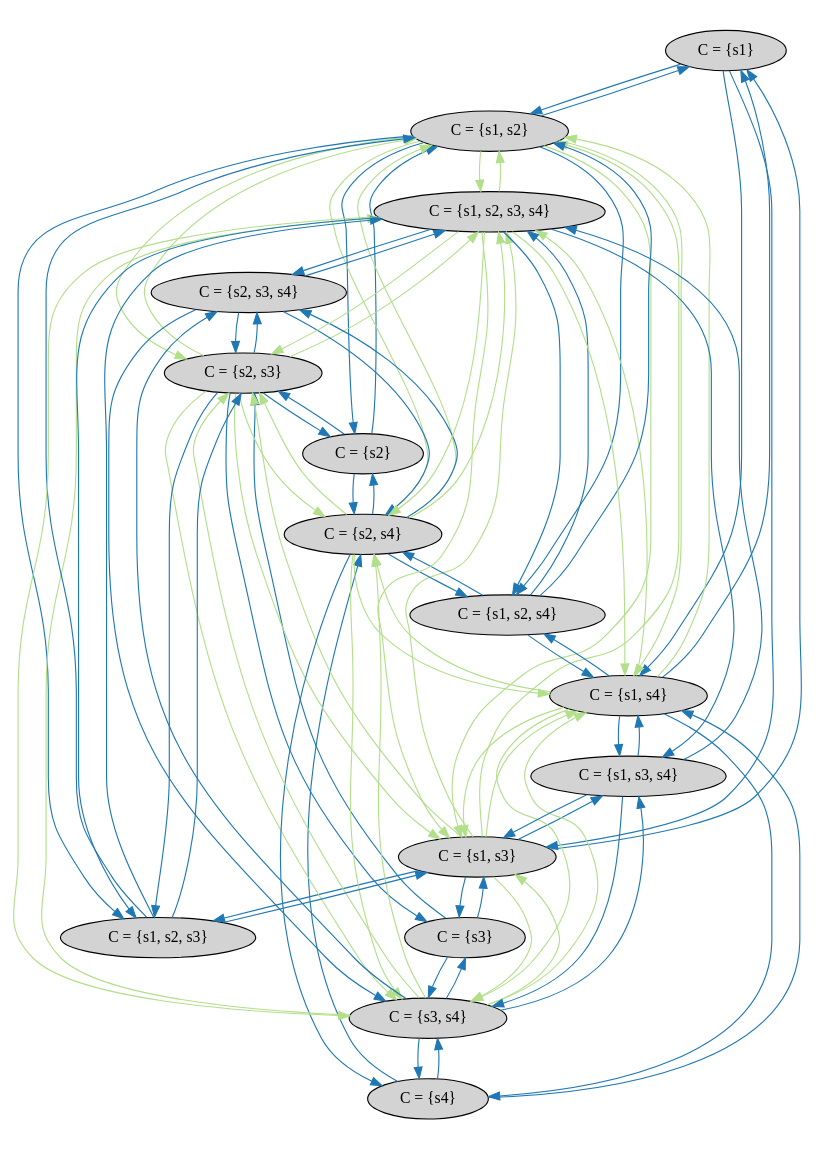
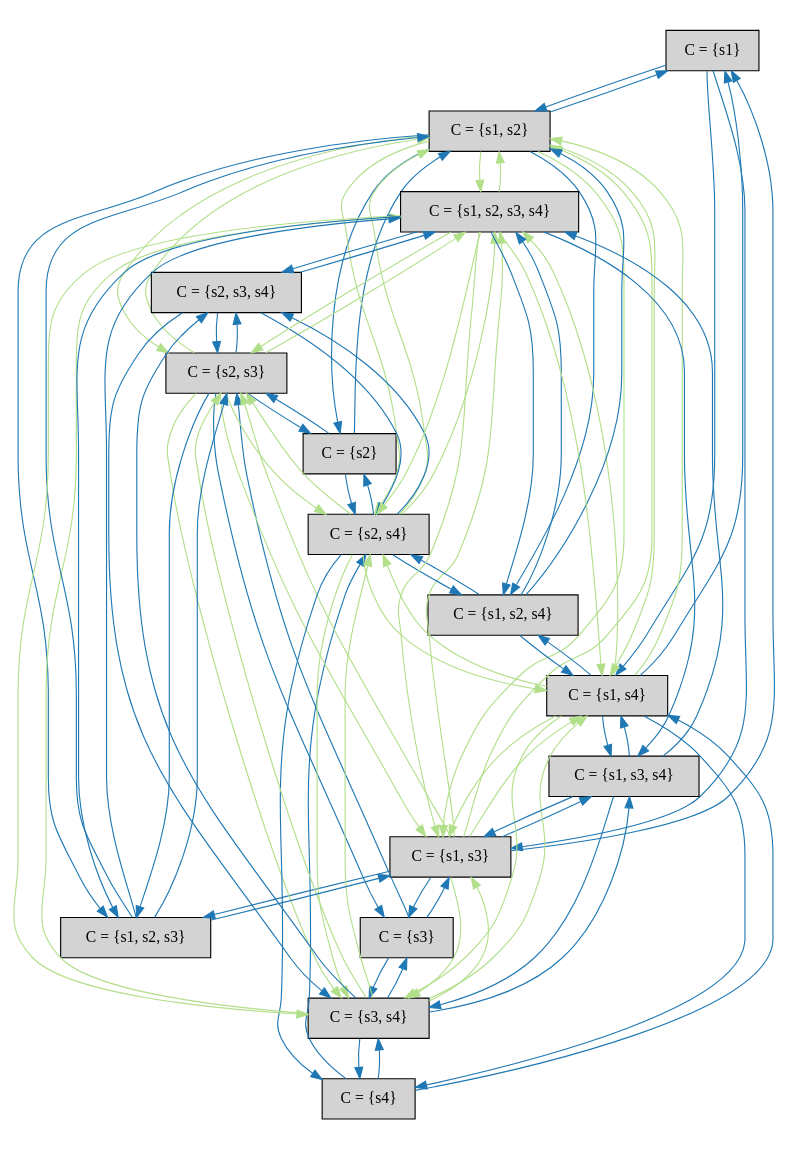
Before and after one commit to will62794/logless-reconfig: the diagram in notes/raft_reconfig_bug/quorums_n4.dot, drawn with Graphviz. The commit also changed 15 other files, not shown here.

Commit message:
updated diagrams

```diff
--- a/notes/raft_reconfig_bug/quorums_n4.dot
+++ b/notes/raft_reconfig_bug/quorums_n4.dot
@@ -1,115 +1,116 @@
 strict digraph DiskGraph {
+node [shape=box,style=rounded]
 edge [colorscheme="paired12"]
 nodesep=0.35;
 subgraph cluster_graph {
 color="white";
-8808473574499830697 [label="C = {s1}",style = filled]
-1944088641951078538 [label="C = {s2}",style = filled]
-4231175384529426027 [label="C = {s3}",style = filled]
--2633296376958402868 [label="C = {s4}",style = filled]
--957631720472487767 [label="C = {s1, s2}",style = filled]
--3245086730796526008 [label="C = {s1, s3}",style = filled]
-3691724306336251631 [label="C = {s1, s4}",style = filled]
-5211182301012988936 [label="C = {s2, s3}",style = filled]
--6224722572077138769 [label="C = {s2, s4}",style = filled]
--2306119976821457553 [label="C = {s3, s4}",style = filled]
-7566804969098913831 [label="C = {s1, s2, s3}",style = filled]
--8588874134683926400 [label="C = {s1, s2, s4}",style = filled]
--95591886789787328 [label="C = {s1, s3, s4}",style = filled]
-5404334067724544285 [label="C = {s2, s3, s4}",style = filled]
-1368439642454690680 [label="C = {s1, s2, s3, s4}",style = filled]
-8808473574499830697 -> -957631720472487767 [label="",color="2",fontcolor="2"];
-8808473574499830697 -> -3245086730796526008 [label="",color="2",fontcolor="2"];
-8808473574499830697 -> 3691724306336251631 [label="",color="2",fontcolor="2"];
-1944088641951078538 -> -957631720472487767 [label="",color="2",fontcolor="2"];
-1944088641951078538 -> 5211182301012988936 [label="",color="2",fontcolor="2"];
-1944088641951078538 -> -6224722572077138769 [label="",color="2",fontcolor="2"];
-4231175384529426027 -> -3245086730796526008 [label="",color="2",fontcolor="2"];
-4231175384529426027 -> 5211182301012988936 [label="",color="2",fontcolor="2"];
-4231175384529426027 -> -2306119976821457553 [label="",color="2",fontcolor="2"];
--2633296376958402868 -> 3691724306336251631 [label="",color="2",fontcolor="2"];
--2633296376958402868 -> -6224722572077138769 [label="",color="2",fontcolor="2"];
--2633296376958402868 -> -2306119976821457553 [label="",color="2",fontcolor="2"];
--957631720472487767 -> 1944088641951078538 [label="",color="2",fontcolor="2"];
--957631720472487767 -> 8808473574499830697 [label="",color="2",fontcolor="2"];
--957631720472487767 -> 7566804969098913831 [label="",color="2",fontcolor="2"];
--957631720472487767 -> -8588874134683926400 [label="",color="2",fontcolor="2"];
--957631720472487767 -> -3245086730796526008 [label="",color="3",fontcolor="3"];
--957631720472487767 -> 3691724306336251631 [label="",color="3",fontcolor="3"];
--957631720472487767 -> 5211182301012988936 [label="",color="3",fontcolor="3"];
--957631720472487767 -> -6224722572077138769 [label="",color="3",fontcolor="3"];
--957631720472487767 -> 1368439642454690680 [label="",color="3",fontcolor="3"];
--3245086730796526008 -> 4231175384529426027 [label="",color="2",fontcolor="2"];
--3245086730796526008 -> 7566804969098913831 [label="",color="2",fontcolor="2"];
--3245086730796526008 -> 8808473574499830697 [label="",color="2",fontcolor="2"];
--3245086730796526008 -> -95591886789787328 [label="",color="2",fontcolor="2"];
--3245086730796526008 -> -957631720472487767 [label="",color="3",fontcolor="3"];
--3245086730796526008 -> 3691724306336251631 [label="",color="3",fontcolor="3"];
--3245086730796526008 -> 5211182301012988936 [label="",color="3",fontcolor="3"];
--3245086730796526008 -> -2306119976821457553 [label="",color="3",fontcolor="3"];
--3245086730796526008 -> 1368439642454690680 [label="",color="3",fontcolor="3"];
-3691724306336251631 -> -2633296376958402868 [label="",color="2",fontcolor="2"];
-3691724306336251631 -> -8588874134683926400 [label="",color="2",fontcolor="2"];
-3691724306336251631 -> -95591886789787328 [label="",color="2",fontcolor="2"];
-3691724306336251631 -> 8808473574499830697 [label="",color="2",fontcolor="2"];
-3691724306336251631 -> -957631720472487767 [label="",color="3",fontcolor="3"];
-3691724306336251631 -> -3245086730796526008 [label="",color="3",fontcolor="3"];
-3691724306336251631 -> -6224722572077138769 [label="",color="3",fontcolor="3"];
-3691724306336251631 -> -2306119976821457553 [label="",color="3",fontcolor="3"];
-3691724306336251631 -> 1368439642454690680 [label="",color="3",fontcolor="3"];
-5211182301012988936 -> 7566804969098913831 [label="",color="2",fontcolor="2"];
-5211182301012988936 -> 4231175384529426027 [label="",color="2",fontcolor="2"];
-5211182301012988936 -> 1944088641951078538 [label="",color="2",fontcolor="2"];
-5211182301012988936 -> 5404334067724544285 [label="",color="2",fontcolor="2"];
-5211182301012988936 -> -957631720472487767 [label="",color="3",fontcolor="3"];
-5211182301012988936 -> -3245086730796526008 [label="",color="3",fontcolor="3"];
-5211182301012988936 -> -6224722572077138769 [label="",color="3",fontcolor="3"];
-5211182301012988936 -> -2306119976821457553 [label="",color="3",fontcolor="3"];
-5211182301012988936 -> 1368439642454690680 [label="",color="3",fontcolor="3"];
--6224722572077138769 -> -8588874134683926400 [label="",color="2",fontcolor="2"];
--6224722572077138769 -> -2633296376958402868 [label="",color="2",fontcolor="2"];
--6224722572077138769 -> 5404334067724544285 [label="",color="2",fontcolor="2"];
--6224722572077138769 -> 1944088641951078538 [label="",color="2",fontcolor="2"];
--6224722572077138769 -> -957631720472487767 [label="",color="3",fontcolor="3"];
--6224722572077138769 -> 3691724306336251631 [label="",color="3",fontcolor="3"];
--6224722572077138769 -> 5211182301012988936 [label="",color="3",fontcolor="3"];
--6224722572077138769 -> -2306119976821457553 [label="",color="3",fontcolor="3"];
--6224722572077138769 -> 1368439642454690680 [label="",color="3",fontcolor="3"];
--2306119976821457553 -> -95591886789787328 [label="",color="2",fontcolor="2"];
--2306119976821457553 -> 5404334067724544285 [label="",color="2",fontcolor="2"];
--2306119976821457553 -> -2633296376958402868 [label="",color="2",fontcolor="2"];
--2306119976821457553 -> 4231175384529426027 [label="",color="2",fontcolor="2"];
--2306119976821457553 -> -3245086730796526008 [label="",color="3",fontcolor="3"];
--2306119976821457553 -> 3691724306336251631 [label="",color="3",fontcolor="3"];
--2306119976821457553 -> 5211182301012988936 [label="",color="3",fontcolor="3"];
--2306119976821457553 -> -6224722572077138769 [label="",color="3",fontcolor="3"];
--2306119976821457553 -> 1368439642454690680 [label="",color="3",fontcolor="3"];
-7566804969098913831 -> 5211182301012988936 [label="",color="2",fontcolor="2"];
-7566804969098913831 -> -3245086730796526008 [label="",color="2",fontcolor="2"];
-7566804969098913831 -> -957631720472487767 [label="",color="2",fontcolor="2"];
-7566804969098913831 -> 1368439642454690680 [label="",color="2",fontcolor="2"];
--8588874134683926400 -> -6224722572077138769 [label="",color="2",fontcolor="2"];
--8588874134683926400 -> 3691724306336251631 [label="",color="2",fontcolor="2"];
--8588874134683926400 -> 1368439642454690680 [label="",color="2",fontcolor="2"];
--8588874134683926400 -> -957631720472487767 [label="",color="2",fontcolor="2"];
--95591886789787328 -> -2306119976821457553 [label="",color="2",fontcolor="2"];
--95591886789787328 -> 1368439642454690680 [label="",color="2",fontcolor="2"];
--95591886789787328 -> 3691724306336251631 [label="",color="2",fontcolor="2"];
--95591886789787328 -> -3245086730796526008 [label="",color="2",fontcolor="2"];
-5404334067724544285 -> 1368439642454690680 [label="",color="2",fontcolor="2"];
-5404334067724544285 -> -2306119976821457553 [label="",color="2",fontcolor="2"];
-5404334067724544285 -> -6224722572077138769 [label="",color="2",fontcolor="2"];
-5404334067724544285 -> 5211182301012988936 [label="",color="2",fontcolor="2"];
-1368439642454690680 -> 5404334067724544285 [label="",color="2",fontcolor="2"];
-1368439642454690680 -> -95591886789787328 [label="",color="2",fontcolor="2"];
-1368439642454690680 -> -8588874134683926400 [label="",color="2",fontcolor="2"];
-1368439642454690680 -> 7566804969098913831 [label="",color="2",fontcolor="2"];
-1368439642454690680 -> -957631720472487767 [label="",color="3",fontcolor="3"];
-1368439642454690680 -> -3245086730796526008 [label="",color="3",fontcolor="3"];
-1368439642454690680 -> 3691724306336251631 [label="",color="3",fontcolor="3"];
-1368439642454690680 -> 5211182301012988936 [label="",color="3",fontcolor="3"];
-1368439642454690680 -> -6224722572077138769 [label="",color="3",fontcolor="3"];
-1368439642454690680 -> -2306119976821457553 [label="",color="3",fontcolor="3"];
+4098673364437791025 [label="C = {s1}",style = filled]
+5761751680079904572 [label="C = {s2}",style = filled]
+7131929755014593223 [label="C = {s3}",style = filled]
+-6783339631893896410 [label="C = {s4}",style = filled]
+-2128325261856334505 [label="C = {s1, s2}",style = filled]
+-3496265007068161876 [label="C = {s1, s3}",style = filled]
+891657030117261645 [label="C = {s1, s4}",style = filled]
+7823327902331355498 [label="C = {s2, s3}",style = filled]
+-5785151213904291701 [label="C = {s2, s4}",style = filled]
+-3535530069662011447 [label="C = {s3, s4}",style = filled]
+-5121662424745195659 [label="C = {s1, s2, s3}",style = filled]
+8919726443946352276 [label="C = {s1, s2, s4}",style = filled]
+1914450182218541526 [label="C = {s1, s3, s4}",style = filled]
+4533756678157017787 [label="C = {s2, s3, s4}",style = filled]
+7066713782318531155 [label="C = {s1, s2, s3, s4}",style = filled]
+4098673364437791025 -> -2128325261856334505 [label="",color="2",fontcolor="2"];
+4098673364437791025 -> -3496265007068161876 [label="",color="2",fontcolor="2"];
+4098673364437791025 -> 891657030117261645 [label="",color="2",fontcolor="2"];
+5761751680079904572 -> -2128325261856334505 [label="",color="2",fontcolor="2"];
+5761751680079904572 -> 7823327902331355498 [label="",color="2",fontcolor="2"];
+5761751680079904572 -> -5785151213904291701 [label="",color="2",fontcolor="2"];
+7131929755014593223 -> -3496265007068161876 [label="",color="2",fontcolor="2"];
+7131929755014593223 -> 7823327902331355498 [label="",color="2",fontcolor="2"];
+7131929755014593223 -> -3535530069662011447 [label="",color="2",fontcolor="2"];
+-6783339631893896410 -> 891657030117261645 [label="",color="2",fontcolor="2"];
+-6783339631893896410 -> -5785151213904291701 [label="",color="2",fontcolor="2"];
+-6783339631893896410 -> -3535530069662011447 [label="",color="2",fontcolor="2"];
+-2128325261856334505 -> 5761751680079904572 [label="",color="2",fontcolor="2"];
+-2128325261856334505 -> 4098673364437791025 [label="",color="2",fontcolor="2"];
+-2128325261856334505 -> -5121662424745195659 [label="",color="2",fontcolor="2"];
+-2128325261856334505 -> 8919726443946352276 [label="",color="2",fontcolor="2"];
+-2128325261856334505 -> -3496265007068161876 [label="",color="3",fontcolor="3"];
+-2128325261856334505 -> 891657030117261645 [label="",color="3",fontcolor="3"];
+-2128325261856334505 -> 7823327902331355498 [label="",color="3",fontcolor="3"];
+-2128325261856334505 -> -5785151213904291701 [label="",color="3",fontcolor="3"];
+-2128325261856334505 -> 7066713782318531155 [label="",color="3",fontcolor="3"];
+-3496265007068161876 -> 7131929755014593223 [label="",color="2",fontcolor="2"];
+-3496265007068161876 -> -5121662424745195659 [label="",color="2",fontcolor="2"];
+-3496265007068161876 -> 4098673364437791025 [label="",color="2",fontcolor="2"];
+-3496265007068161876 -> 1914450182218541526 [label="",color="2",fontcolor="2"];
+-3496265007068161876 -> -2128325261856334505 [label="",color="3",fontcolor="3"];
+-3496265007068161876 -> 891657030117261645 [label="",color="3",fontcolor="3"];
+-3496265007068161876 -> 7823327902331355498 [label="",color="3",fontcolor="3"];
+-3496265007068161876 -> -3535530069662011447 [label="",color="3",fontcolor="3"];
+-3496265007068161876 -> 7066713782318531155 [label="",color="3",fontcolor="3"];
+891657030117261645 -> -6783339631893896410 [label="",color="2",fontcolor="2"];
+891657030117261645 -> 8919726443946352276 [label="",color="2",fontcolor="2"];
+891657030117261645 -> 1914450182218541526 [label="",color="2",fontcolor="2"];
+891657030117261645 -> 4098673364437791025 [label="",color="2",fontcolor="2"];
+891657030117261645 -> -2128325261856334505 [label="",color="3",fontcolor="3"];
+891657030117261645 -> -3496265007068161876 [label="",color="3",fontcolor="3"];
+891657030117261645 -> -5785151213904291701 [label="",color="3",fontcolor="3"];
+891657030117261645 -> -3535530069662011447 [label="",color="3",fontcolor="3"];
+891657030117261645 -> 7066713782318531155 [label="",color="3",fontcolor="3"];
+7823327902331355498 -> -5121662424745195659 [label="",color="2",fontcolor="2"];
+7823327902331355498 -> 7131929755014593223 [label="",color="2",fontcolor="2"];
+7823327902331355498 -> 5761751680079904572 [label="",color="2",fontcolor="2"];
+7823327902331355498 -> 4533756678157017787 [label="",color="2",fontcolor="2"];
+7823327902331355498 -> -2128325261856334505 [label="",color="3",fontcolor="3"];
+7823327902331355498 -> -3496265007068161876 [label="",color="3",fontcolor="3"];
+7823327902331355498 -> -5785151213904291701 [label="",color="3",fontcolor="3"];
+7823327902331355498 -> -3535530069662011447 [label="",color="3",fontcolor="3"];
+7823327902331355498 -> 7066713782318531155 [label="",color="3",fontcolor="3"];
+-5785151213904291701 -> 8919726443946352276 [label="",color="2",fontcolor="2"];
+-5785151213904291701 -> -6783339631893896410 [label="",color="2",fontcolor="2"];
+-5785151213904291701 -> 4533756678157017787 [label="",color="2",fontcolor="2"];
+-5785151213904291701 -> 5761751680079904572 [label="",color="2",fontcolor="2"];
+-5785151213904291701 -> -2128325261856334505 [label="",color="3",fontcolor="3"];
+-5785151213904291701 -> 891657030117261645 [label="",color="3",fontcolor="3"];
+-5785151213904291701 -> 7823327902331355498 [label="",color="3",fontcolor="3"];
+-5785151213904291701 -> -3535530069662011447 [label="",color="3",fontcolor="3"];
+-5785151213904291701 -> 7066713782318531155 [label="",color="3",fontcolor="3"];
+-3535530069662011447 -> 1914450182218541526 [label="",color="2",fontcolor="2"];
+-3535530069662011447 -> 4533756678157017787 [label="",color="2",fontcolor="2"];
+-3535530069662011447 -> -6783339631893896410 [label="",color="2",fontcolor="2"];
+-3535530069662011447 -> 7131929755014593223 [label="",color="2",fontcolor="2"];
+-3535530069662011447 -> -3496265007068161876 [label="",color="3",fontcolor="3"];
+-3535530069662011447 -> 891657030117261645 [label="",color="3",fontcolor="3"];
+-3535530069662011447 -> 7823327902331355498 [label="",color="3",fontcolor="3"];
+-3535530069662011447 -> -5785151213904291701 [label="",color="3",fontcolor="3"];
+-3535530069662011447 -> 7066713782318531155 [label="",color="3",fontcolor="3"];
+-5121662424745195659 -> 7823327902331355498 [label="",color="2",fontcolor="2"];
+-5121662424745195659 -> -3496265007068161876 [label="",color="2",fontcolor="2"];
+-5121662424745195659 -> -2128325261856334505 [label="",color="2",fontcolor="2"];
+-5121662424745195659 -> 7066713782318531155 [label="",color="2",fontcolor="2"];
+8919726443946352276 -> -5785151213904291701 [label="",color="2",fontcolor="2"];
+8919726443946352276 -> 891657030117261645 [label="",color="2",fontcolor="2"];
+8919726443946352276 -> 7066713782318531155 [label="",color="2",fontcolor="2"];
+8919726443946352276 -> -2128325261856334505 [label="",color="2",fontcolor="2"];
+1914450182218541526 -> -3535530069662011447 [label="",color="2",fontcolor="2"];
+1914450182218541526 -> 7066713782318531155 [label="",color="2",fontcolor="2"];
+1914450182218541526 -> 891657030117261645 [label="",color="2",fontcolor="2"];
+1914450182218541526 -> -3496265007068161876 [label="",color="2",fontcolor="2"];
+4533756678157017787 -> 7066713782318531155 [label="",color="2",fontcolor="2"];
+4533756678157017787 -> -3535530069662011447 [label="",color="2",fontcolor="2"];
+4533756678157017787 -> -5785151213904291701 [label="",color="2",fontcolor="2"];
+4533756678157017787 -> 7823327902331355498 [label="",color="2",fontcolor="2"];
+7066713782318531155 -> 4533756678157017787 [label="",color="2",fontcolor="2"];
+7066713782318531155 -> 1914450182218541526 [label="",color="2",fontcolor="2"];
+7066713782318531155 -> 8919726443946352276 [label="",color="2",fontcolor="2"];
+7066713782318531155 -> -5121662424745195659 [label="",color="2",fontcolor="2"];
+7066713782318531155 -> -2128325261856334505 [label="",color="3",fontcolor="3"];
+7066713782318531155 -> -3496265007068161876 [label="",color="3",fontcolor="3"];
+7066713782318531155 -> 891657030117261645 [label="",color="3",fontcolor="3"];
+7066713782318531155 -> 7823327902331355498 [label="",color="3",fontcolor="3"];
+7066713782318531155 -> -5785151213904291701 [label="",color="3",fontcolor="3"];
+7066713782318531155 -> -3535530069662011447 [label="",color="3",fontcolor="3"];
 
 }
 subgraph cluster_legend {graph[style=bold];label = "Next State Actions" style="solid"
```
